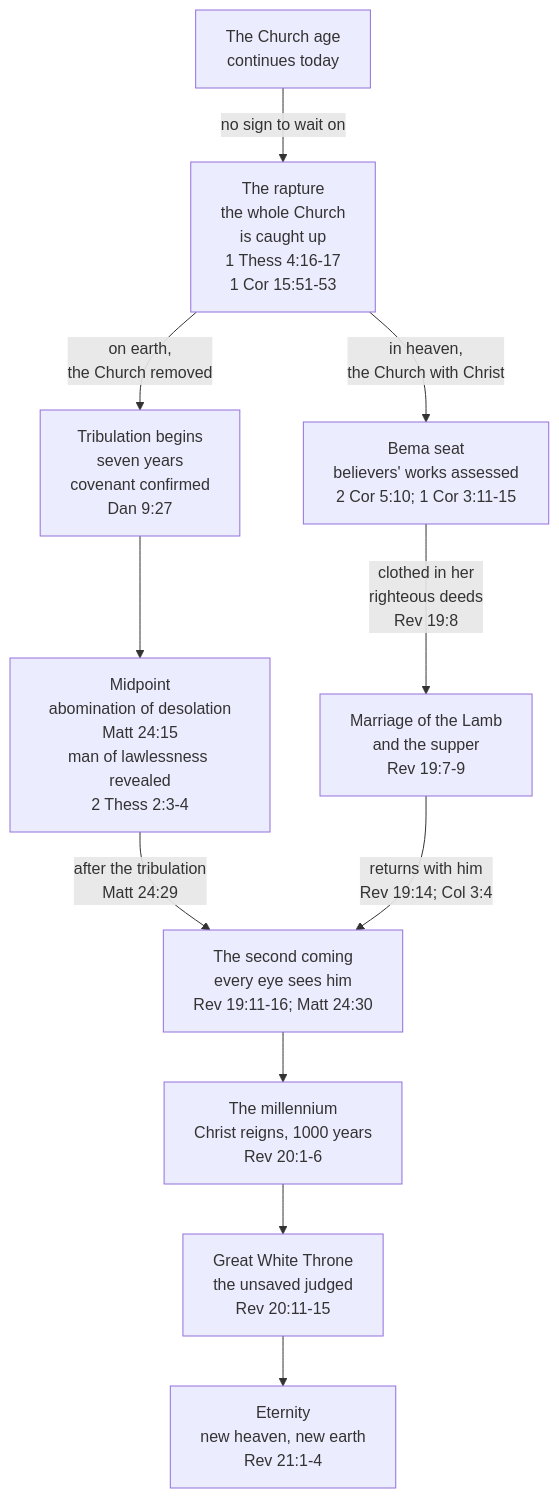
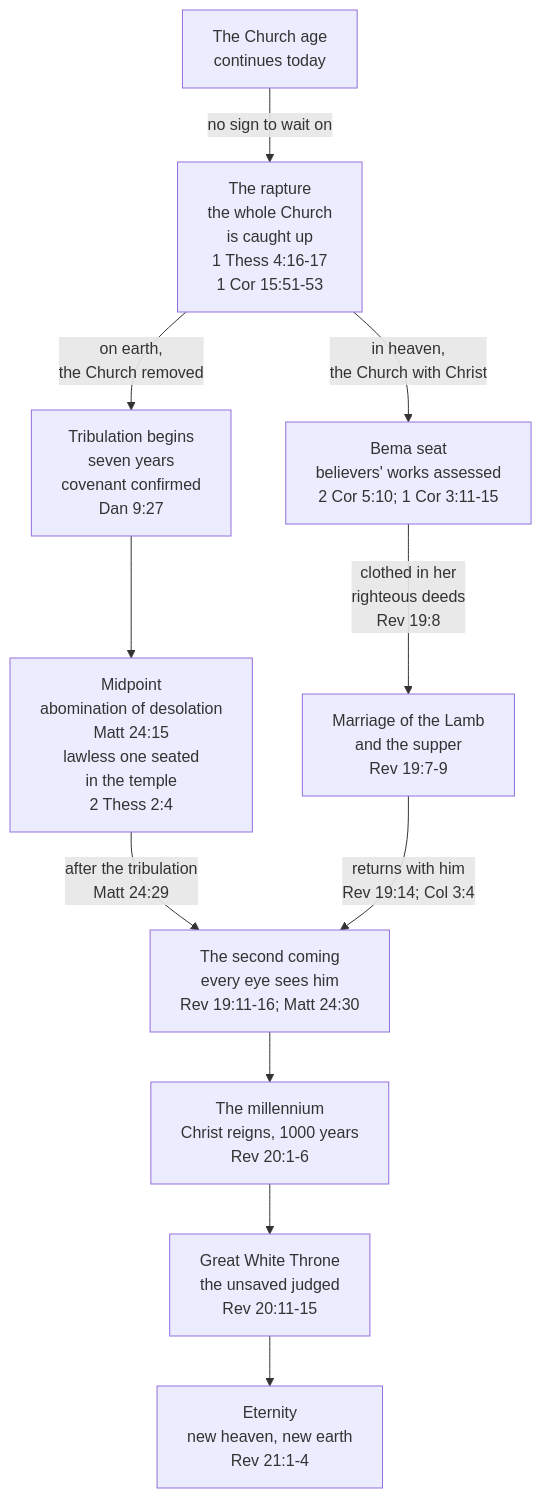
Before and after one commit to ding0t/bible_studies: the second of 2 diagrams in docs/content/last-things/rapture.md, drawn with Mermaid. The commit also changed other lines of this file and 1 other file, not shown here.

First line of the commit message:
fix(rapture): correct the restrainer grammar and the midpoint

````diff
--- a/docs/content/last-things/rapture.md
+++ b/docs/content/last-things/rapture.md
@@ -572,13 +551,13 @@
 ```mermaid
 flowchart TD
     A["The Church age<br/>continues today"] -->|"no sign to wait on"| B["The rapture<br/>the whole Church<br/>is caught up<br/>1 Thess 4:16-17<br/>1 Cor 15:51-53"]
     B -->|"on earth,<br/>the Church removed"| C["Tribulation begins<br/>seven years<br/>covenant confirmed<br/>Dan 9:27"]
-    C --> D["Midpoint<br/>abomination of desolation<br/>Matt 24:15<br/>man of lawlessness revealed<br/>2 Thess 2:3-4"]
+    C --> D["Midpoint<br/>abomination of desolation<br/>Matt 24:15<br/>lawless one seated<br/>in the temple<br/>2 Thess 2:4"]
     D -->|"after the tribulation<br/>Matt 24:29"| E["The second coming<br/>every eye sees him<br/>Rev 19:11-16; Matt 24:30"]
     E --> F["The millennium<br/>Christ reigns, 1000 years<br/>Rev 20:1-6"]
     F --> G["Great White Throne<br/>the unsaved judged<br/>Rev 20:11-15"]
     G --> H["Eternity<br/>new heaven, new earth<br/>Rev 21:1-4"]
     B -->|"in heaven,<br/>the Church with Christ"| X["Bema seat<br/>believers' works assessed<br/>2 Cor 5:10; 1 Cor 3:11-15"]
     X -->|"clothed in her<br/>righteous deeds<br/>Rev 19:8"| Y["Marriage of the Lamb<br/>and the supper<br/>Rev 19:7-9"]
     Y -->|"returns with him<br/>Rev 19:14; Col 3:4"| E
 ```
````
